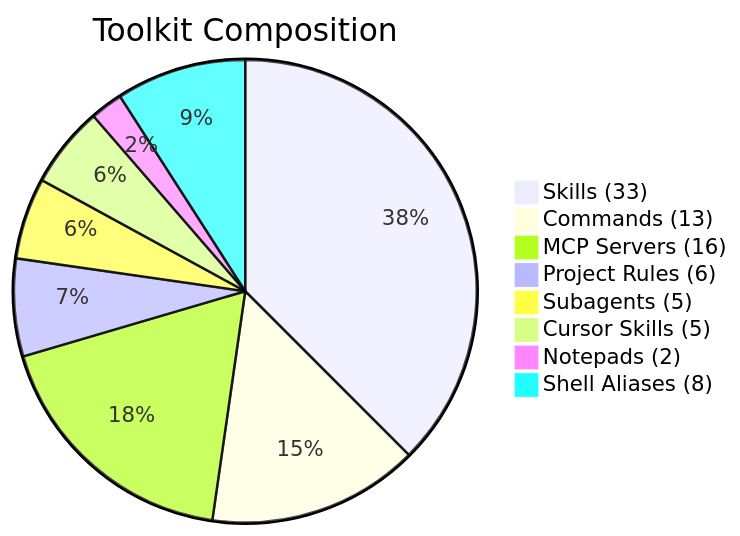
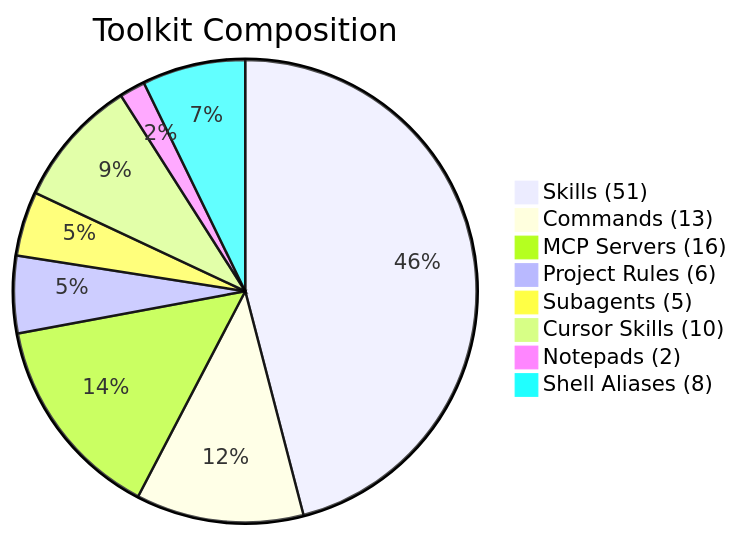
Before and after one commit to kensaurus/cursor-kenji: the second of 9 diagrams in README.md, drawn with Mermaid. The commit also changed other lines of this file and 24 other files, not shown here.

First line of the commit message:
feat: add 18 skills and 5 cursor-skills from local toolkit

````diff
--- a/README.md
+++ b/README.md
@@ -103,11 +105,11 @@
 ```mermaid
 pie title Toolkit Composition
-    "Skills (33)" : 33
+    "Skills (51)" : 51
     "Commands (13)" : 13
     "MCP Servers (16)" : 16
     "Project Rules (6)" : 6
     "Subagents (5)" : 5
-    "Cursor Skills (5)" : 5
+    "Cursor Skills (10)" : 10
     "Notepads (2)" : 2
     "Shell Aliases (8)" : 8
 ```
````
